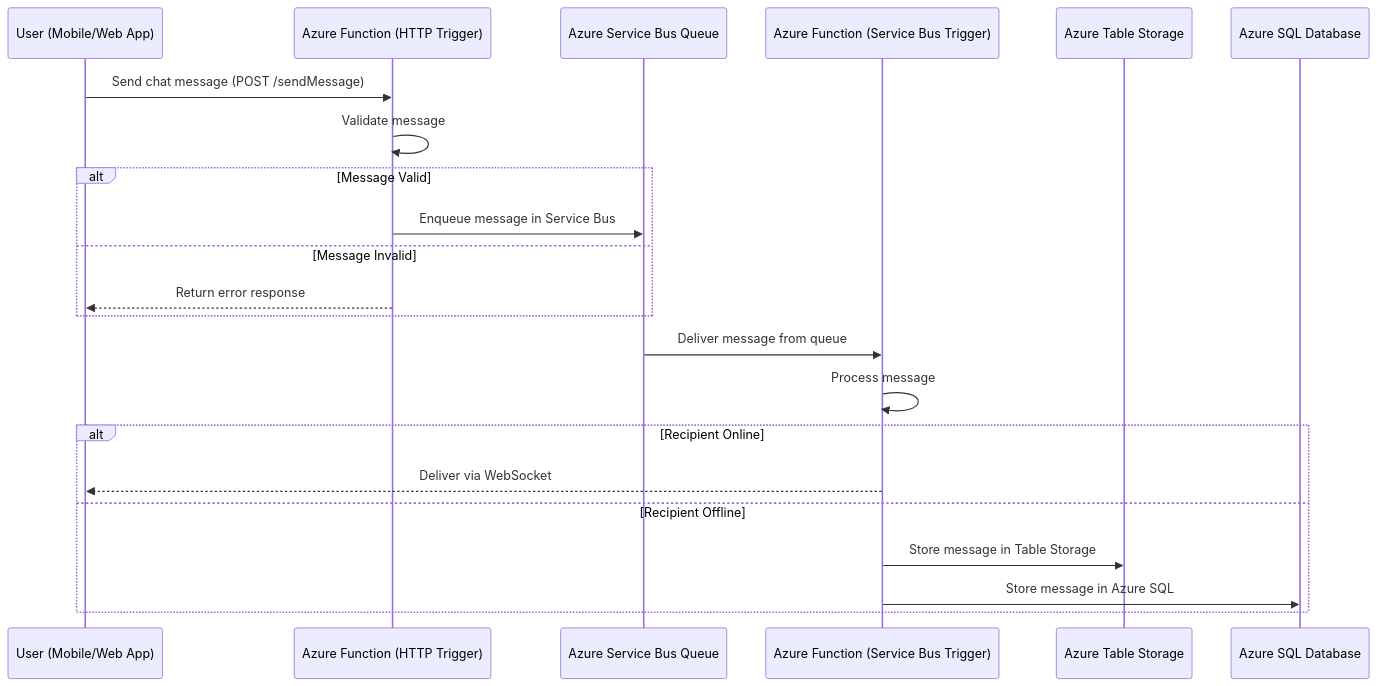
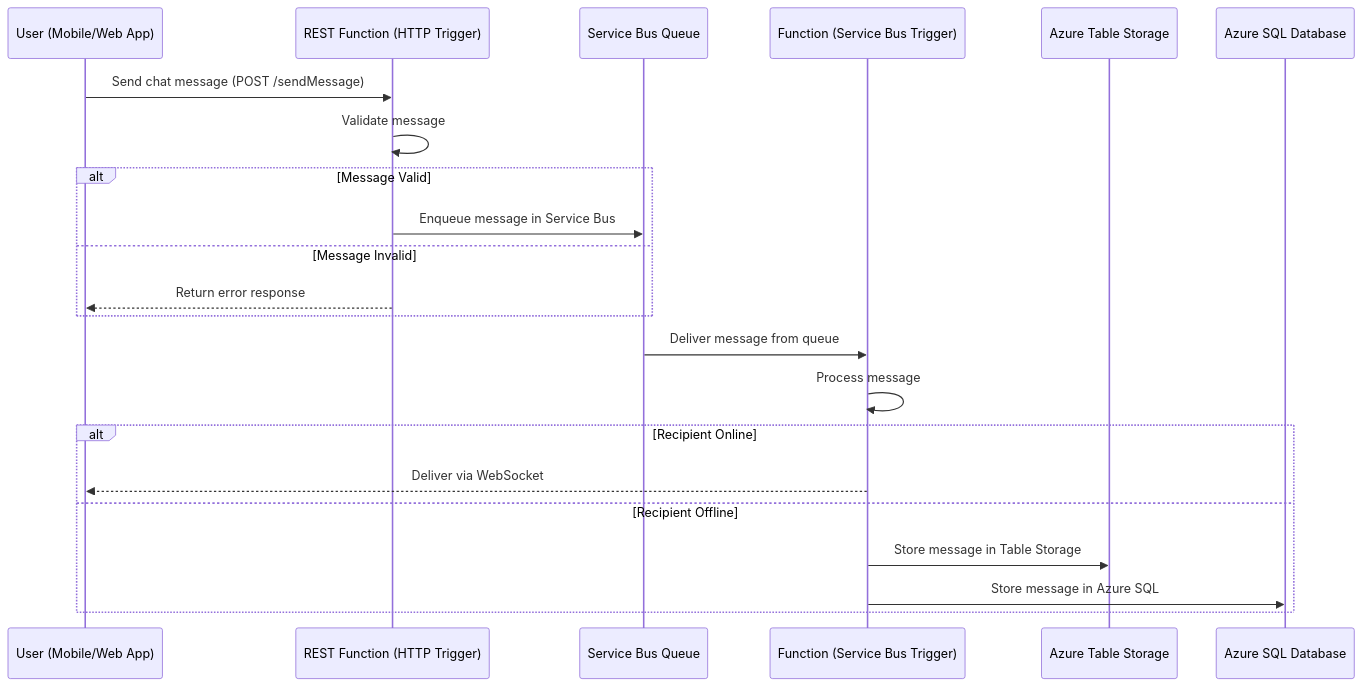
The diagram in README.md (oigbokwe73/ChatService), drawn with Mermaid before and after one commit. The commit also changed other lines of this file, not shown here.

````diff
--- a/README.md
+++ b/README.md
@@ -165,26 +98,26 @@
 ```mermaid
 sequenceDiagram
     participant User as User (Mobile/Web App)
-    participant FunctionHTTP as Azure Function (HTTP Trigger)
-    participant ServiceBus as Azure Service Bus Queue
-    participant FunctionBus as Azure Function (Service Bus Trigger)
+    participant FunctionHTTP as REST Function (HTTP Trigger)
+    participant ServiceBus as Service Bus Queue
+    participant FunctionBus as Function (Service Bus Trigger)
     participant TableStorage as Azure Table Storage
     participant SQL as Azure SQL Database
 
     User->>FunctionHTTP: Send chat message (POST /sendMessage)
     FunctionHTTP->>FunctionHTTP: Validate message
     alt Message Valid
         FunctionHTTP->>ServiceBus: Enqueue message in Service Bus
     else Message Invalid
         FunctionHTTP-->>User: Return error response
     end
 
     ServiceBus->>FunctionBus: Deliver message from queue
     FunctionBus->>FunctionBus: Process message
     alt Recipient Online
         FunctionBus-->>User: Deliver via WebSocket
     else Recipient Offline
         FunctionBus->>TableStorage: Store message in Table Storage
         FunctionBus->>SQL: Store message in Azure SQL
     end
 ```
````
